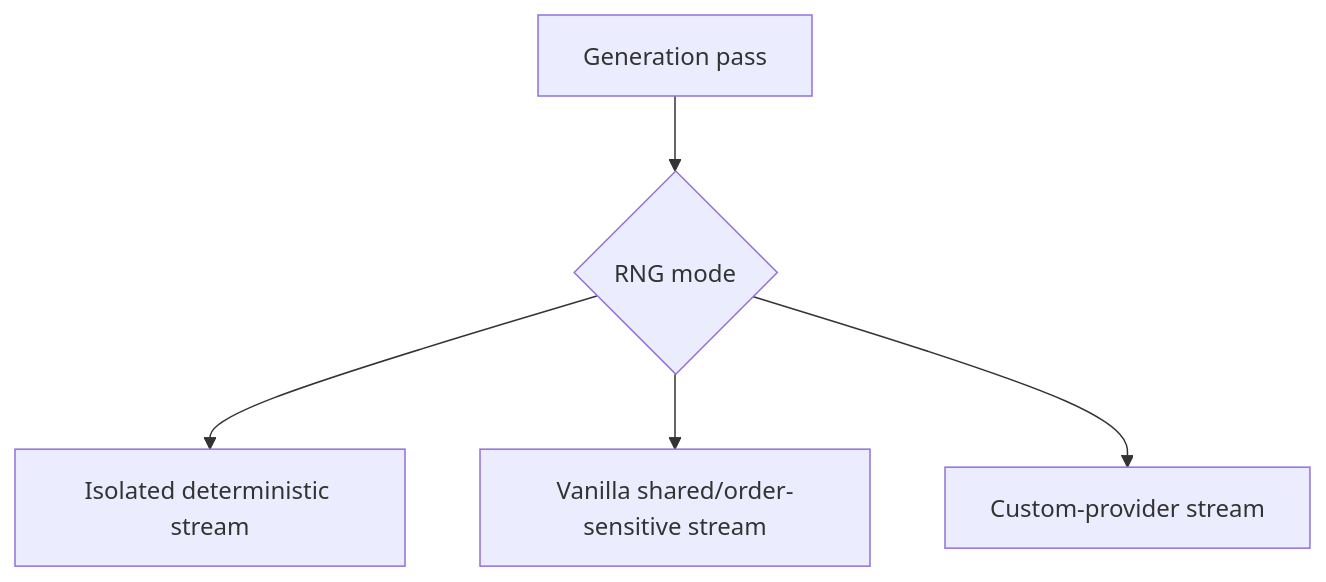
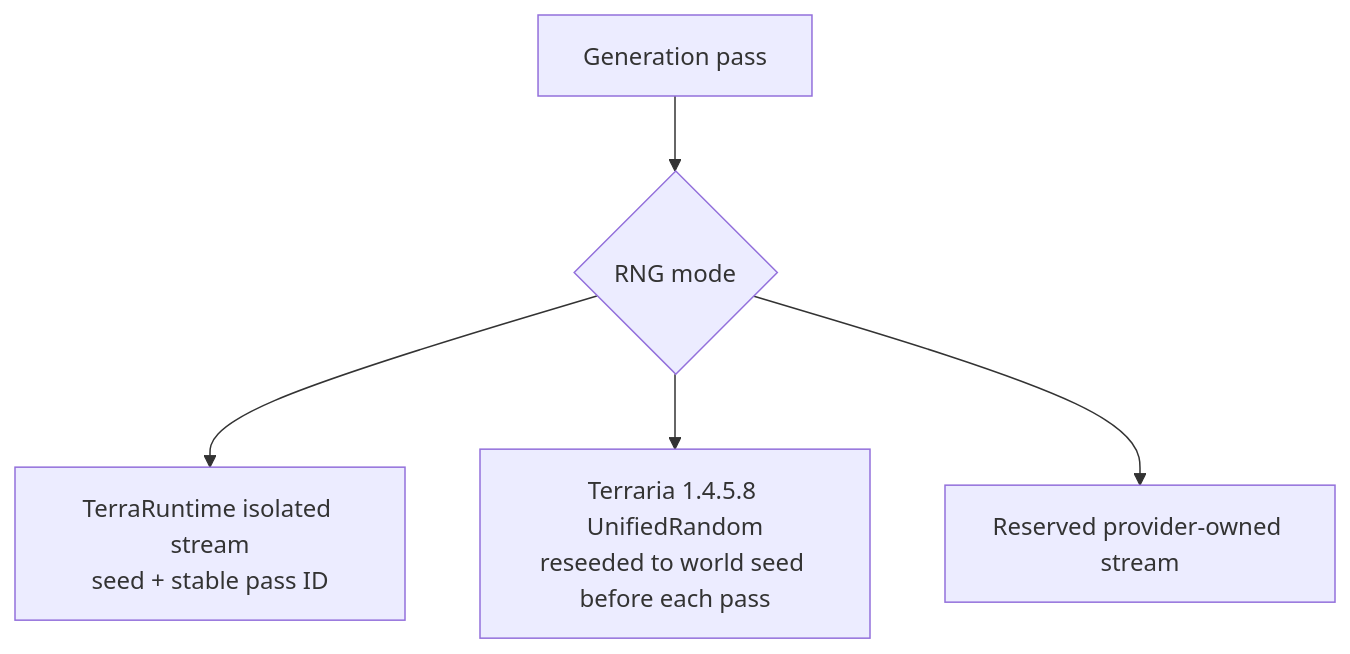
Before and after one commit to VegaKernel/TerraRuntime: the third of 4 diagrams in docs/en/world-generation.md, drawn with Mermaid. The commit also changed other lines of this file, not shown here.

Commit message:
docs: document pinned vanilla worldgen RNG semantics

````diff
--- a/docs/en/world-generation.md
+++ b/docs/en/world-generation.md
@@ -98,7 +98,7 @@
 ```mermaid
 flowchart TD
     Pass["Generation pass"] --> Mode{"RNG mode"}
-    Mode --> Isolated["Isolated deterministic stream"]
-    Mode --> Vanilla["Vanilla shared/order-sensitive stream"]
-    Mode --> Custom["Custom-provider stream"]
+    Mode --> Isolated["TerraRuntime isolated stream\nseed + stable pass ID"]
+    Mode --> Vanilla["Terraria 1.4.5.8 UnifiedRandom\nreseeded to world seed before each pass"]
+    Mode --> Custom["Reserved provider-owned stream"]
 ```
````
